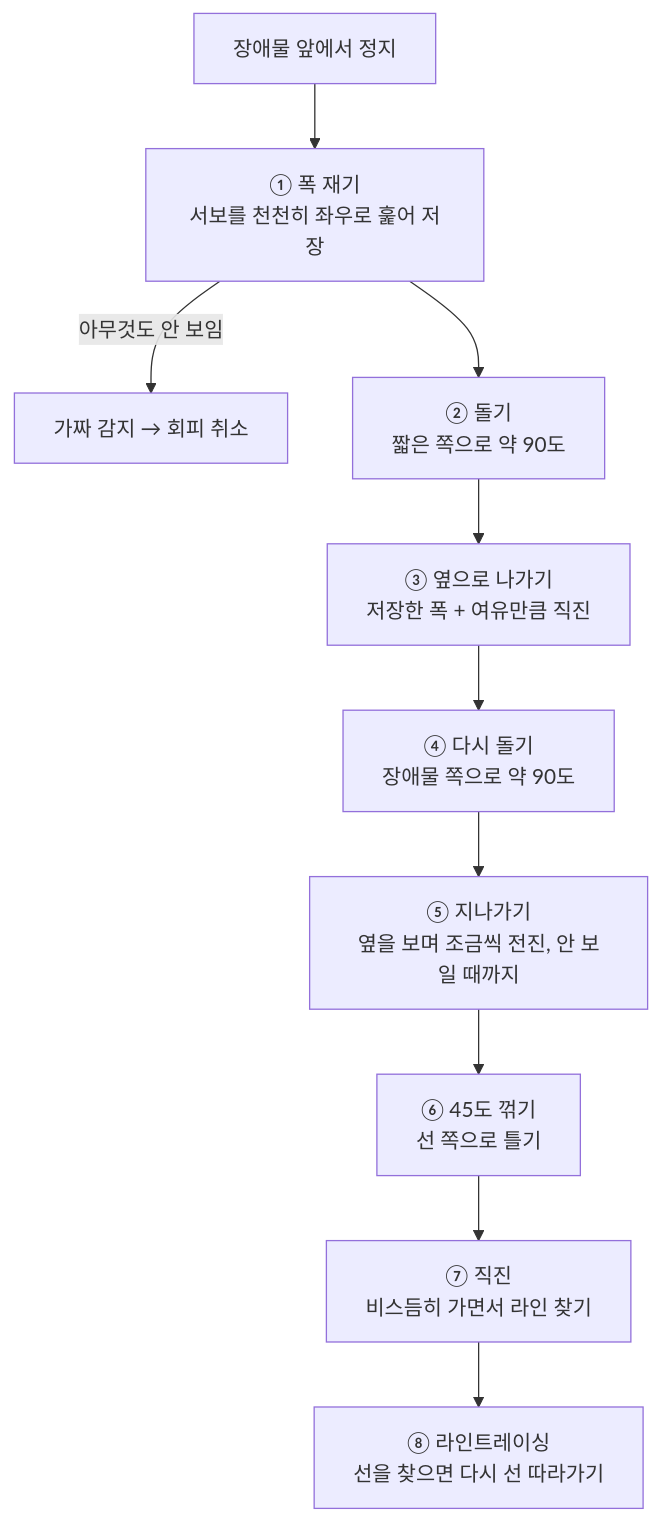
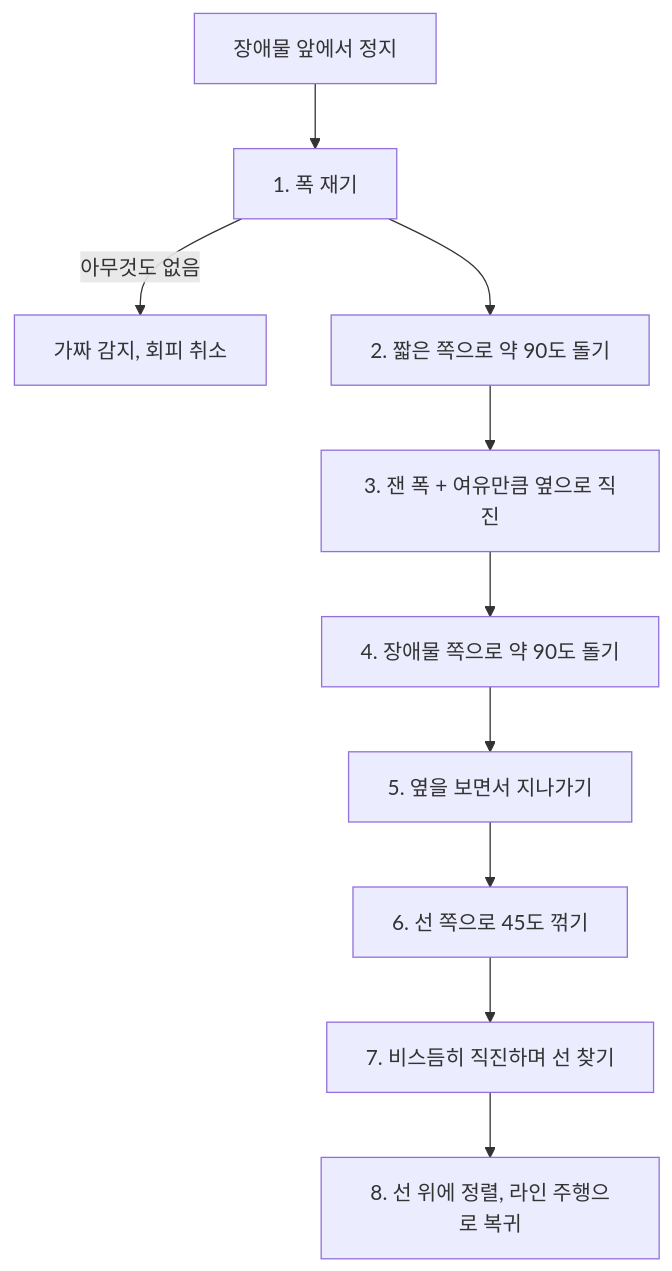
The second of 2 diagrams in README.md (CHOESEUNGJUN/4wd-rc-car-line-tracer), drawn with Mermaid before and after one commit. The commit also changed other lines of this file, not shown here.

````diff
--- a/README.md
+++ b/README.md
@@ -131,12 +88,12 @@
 ```mermaid
 flowchart TD
-    S[장애물 앞에서 정지] --> M["① 폭 재기<br/>서보를 천천히 좌우로 훑어 저장"]
-    M -- 아무것도 안 보임 --> X[가짜 감지 → 회피 취소]
-    M --> T["② 돌기<br/>짧은 쪽으로 약 90도"]
-    T --> P1["③ 옆으로 나가기<br/>저장한 폭 + 여유만큼 직진"]
-    P1 --> T2["④ 다시 돌기<br/>장애물 쪽으로 약 90도"]
-    T2 --> P2["⑤ 지나가기<br/>옆을 보며 조금씩 전진, 안 보일 때까지"]
-    P2 --> R["⑥ 45도 꺾기<br/>선 쪽으로 틀기"]
-    R --> F["⑦ 직진<br/>비스듬히 가면서 라인 찾기"]
-    F --> L["⑧ 라인트레이싱<br/>선을 찾으면 다시 선 따라가기"]
+    S[장애물 앞에서 정지] --> M["1. 폭 재기"]
+    M -- 아무것도 없음 --> X[가짜 감지, 회피 취소]
+    M --> T["2. 짧은 쪽으로 약 90도 돌기"]
+    T --> P1["3. 잰 폭 + 여유만큼 옆으로 직진"]
+    P1 --> T2["4. 장애물 쪽으로 약 90도 돌기"]
+    T2 --> P2["5. 옆을 보면서 지나가기"]
+    P2 --> R["6. 선 쪽으로 45도 꺾기"]
+    R --> F["7. 비스듬히 직진하며 선 찾기"]
+    F --> L["8. 선 위에 정렬, 라인 주행으로 복귀"]
 ```
````
